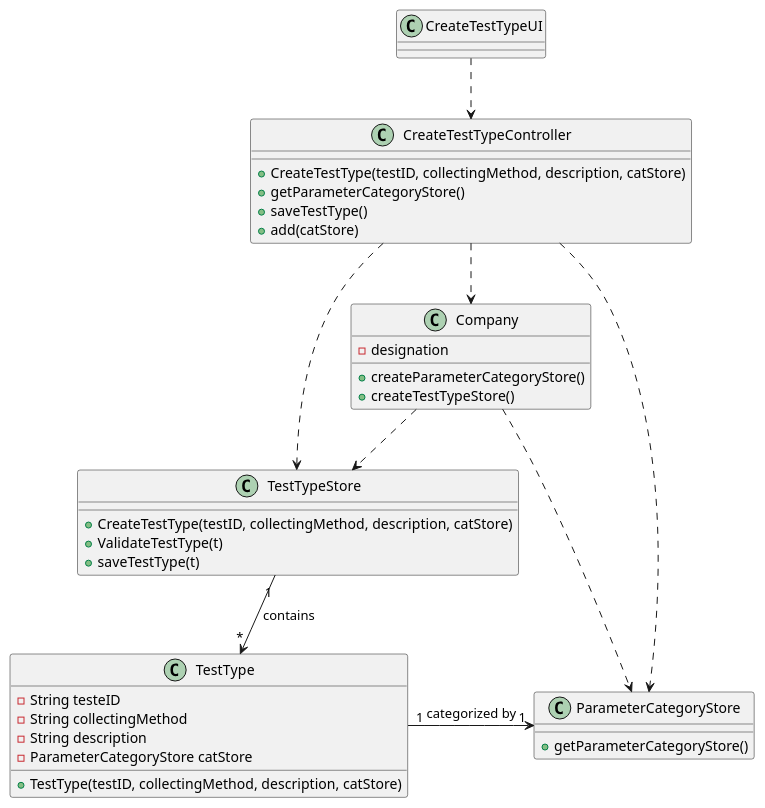
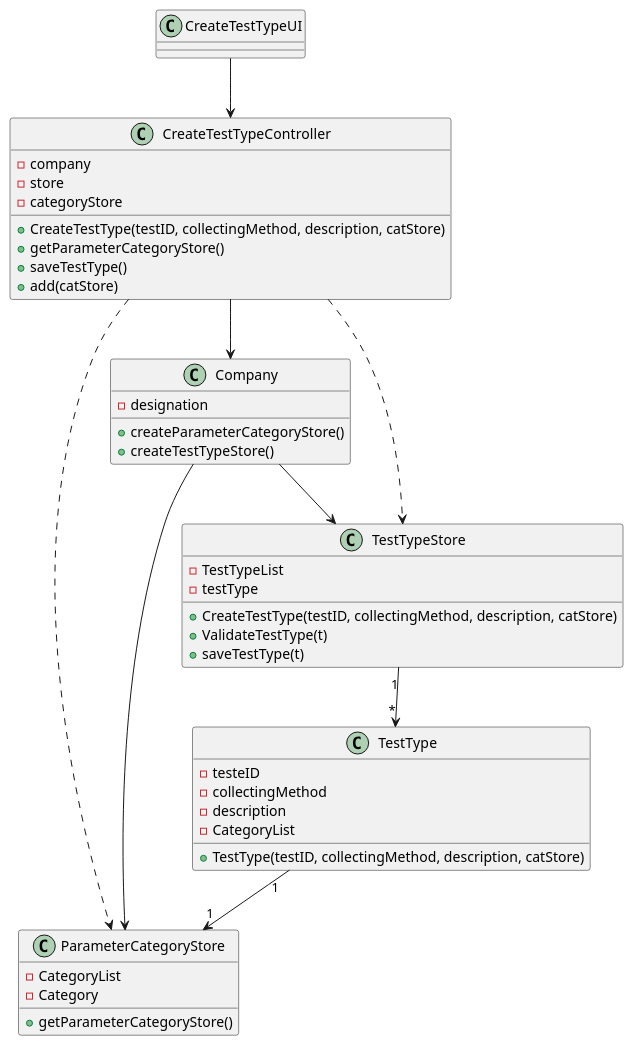
The diagram in docs/SprintB/US09/US9_CD.puml (MarianaCLages/LAPR2), drawn with PlantUML before and after one commit. The commit also changed 11 other files, not shown here.

Commit message:
Updates on classes diagrams

```diff
--- a/docs/SprintB/US09/US9_CD.puml
+++ b/docs/SprintB/US09/US9_CD.puml
@@ -1,45 +1,54 @@
 @startuml
+
+
 
 class CreateTestTypeUI{
 }
 
 class CreateTestTypeController{
+    - company
+    - store
+    - categoryStore
     + CreateTestType(testID, collectingMethod, description, catStore)
     + getParameterCategoryStore()
     + saveTestType()
     + add(catStore)
 }
 
 class Company{
--designation
+    -designation
     + createParameterCategoryStore()
     + createTestTypeStore()
 }
 
 class TestTypeStore{
+    - TestTypeList
+    - testType
     + CreateTestType(testID, collectingMethod, description, catStore)
     + ValidateTestType(t)
     + saveTestType(t)
 }
 
 class TestType{
--String testeID
--String collectingMethod
--String description
--ParameterCategoryStore catStore
+    - testeID
+    - collectingMethod
+    - description
+    - CategoryList
     + TestType(testID, collectingMethod, description, catStore)
 }
 
 class ParameterCategoryStore{
+    - CategoryList
+    - Category
     + getParameterCategoryStore()
 }
 
-CreateTestTypeUI ..> CreateTestTypeController
-CreateTestTypeController ..> Company
-Company ..> TestTypeStore
-Company ..> ParameterCategoryStore
+CreateTestTypeUI --> CreateTestTypeController
+CreateTestTypeController --> Company
+Company --> TestTypeStore
+Company --> ParameterCategoryStore
 CreateTestTypeController ..> TestTypeStore
-CreateTestTypeController ..> ParameterCategoryStore
-TestTypeStore "1" --> "*" TestType: contains
-TestType "1"-right-> "1" ParameterCategoryStore: categorized by
+CreateTestTypeController .> ParameterCategoryStore
+TestTypeStore "1" --> "*" TestType
+TestType "1" --> "1" ParameterCategoryStore
 @enduml
```
